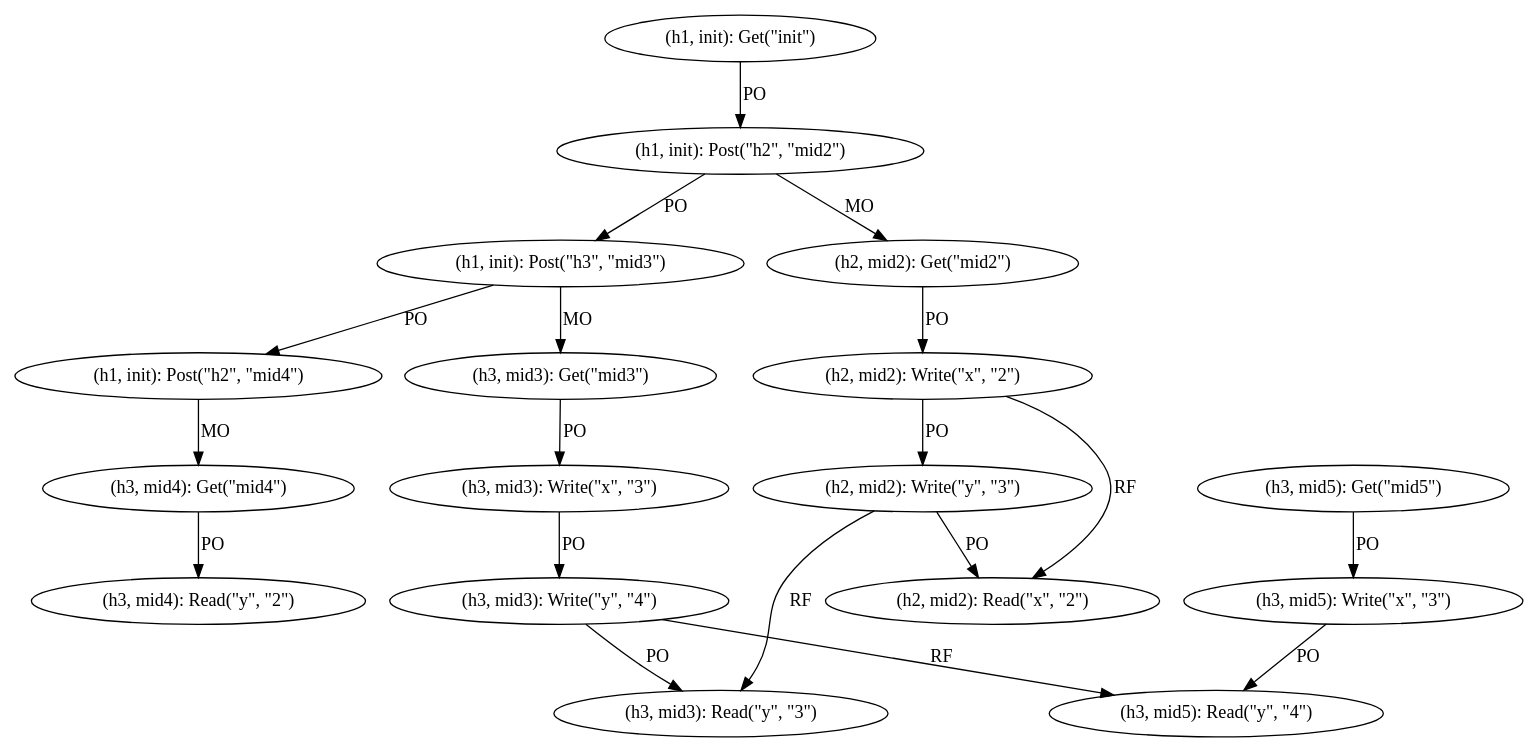
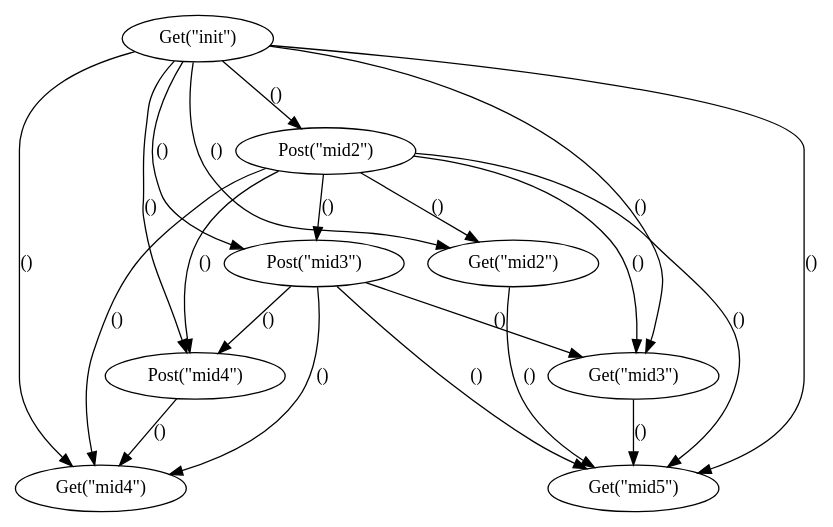
The diagram in traces/example.dot (bldath/edchecker_fork), drawn with Graphviz before and after one commit. The commit also changed 5 other files, not shown here.

```diff
--- a/traces/example.dot
+++ b/traces/example.dot
@@ -1,37 +1,30 @@
 digraph {
-    0 [ label = "(h1, init): Get(\"init\")" ]
-    1 [ label = "(h1, init): Post(\"h2\", \"mid2\")" ]
-    2 [ label = "(h1, init): Post(\"h3\", \"mid3\")" ]
-    3 [ label = "(h1, init): Post(\"h2\", \"mid4\")" ]
-    4 [ label = "(h2, mid2): Get(\"mid2\")" ]
-    5 [ label = "(h2, mid2): Write(\"x\", \"2\")" ]
-    6 [ label = "(h2, mid2): Write(\"y\", \"3\")" ]
-    7 [ label = "(h2, mid2): Read(\"x\", \"2\")" ]
-    8 [ label = "(h3, mid3): Get(\"mid3\")" ]
-    9 [ label = "(h3, mid3): Write(\"x\", \"3\")" ]
-    10 [ label = "(h3, mid3): Write(\"y\", \"4\")" ]
-    11 [ label = "(h3, mid3): Read(\"y\", \"3\")" ]
-    12 [ label = "(h3, mid4): Get(\"mid4\")" ]
-    13 [ label = "(h3, mid4): Read(\"y\", \"2\")" ]
-    14 [ label = "(h3, mid5): Get(\"mid5\")" ]
-    15 [ label = "(h3, mid5): Write(\"x\", \"3\")" ]
-    16 [ label = "(h3, mid5): Read(\"y\", \"4\")" ]
-    0 -> 1 [ label = "PO" ]
-    1 -> 2 [ label = "PO" ]
-    2 -> 3 [ label = "PO" ]
-    4 -> 5 [ label = "PO" ]
-    5 -> 6 [ label = "PO" ]
-    6 -> 7 [ label = "PO" ]
-    8 -> 9 [ label = "PO" ]
-    9 -> 10 [ label = "PO" ]
-    10 -> 11 [ label = "PO" ]
-    12 -> 13 [ label = "PO" ]
-    14 -> 15 [ label = "PO" ]
-    15 -> 16 [ label = "PO" ]
-    1 -> 4 [ label = "MO" ]
-    2 -> 8 [ label = "MO" ]
-    3 -> 12 [ label = "MO" ]
-    5 -> 7 [ label = "RF" ]
-    6 -> 11 [ label = "RF" ]
-    10 -> 16 [ label = "RF" ]
+    0 [ label = "Get(\"init\")" ]
+    1 [ label = "Post(\"mid2\")" ]
+    2 [ label = "Post(\"mid3\")" ]
+    3 [ label = "Post(\"mid4\")" ]
+    4 [ label = "Get(\"mid2\")" ]
+    5 [ label = "Get(\"mid3\")" ]
+    6 [ label = "Get(\"mid4\")" ]
+    7 [ label = "Get(\"mid5\")" ]
+    0 -> 1 [ label = "()" ]
+    0 -> 2 [ label = "()" ]
+    0 -> 3 [ label = "()" ]
+    0 -> 4 [ label = "()" ]
+    0 -> 5 [ label = "()" ]
+    0 -> 6 [ label = "()" ]
+    0 -> 7 [ label = "()" ]
+    1 -> 2 [ label = "()" ]
+    1 -> 3 [ label = "()" ]
+    1 -> 4 [ label = "()" ]
+    1 -> 5 [ label = "()" ]
+    1 -> 6 [ label = "()" ]
+    1 -> 7 [ label = "()" ]
+    2 -> 3 [ label = "()" ]
+    2 -> 5 [ label = "()" ]
+    2 -> 6 [ label = "()" ]
+    2 -> 7 [ label = "()" ]
+    3 -> 6 [ label = "()" ]
+    4 -> 7 [ label = "()" ]
+    5 -> 7 [ label = "()" ]
 }
```
